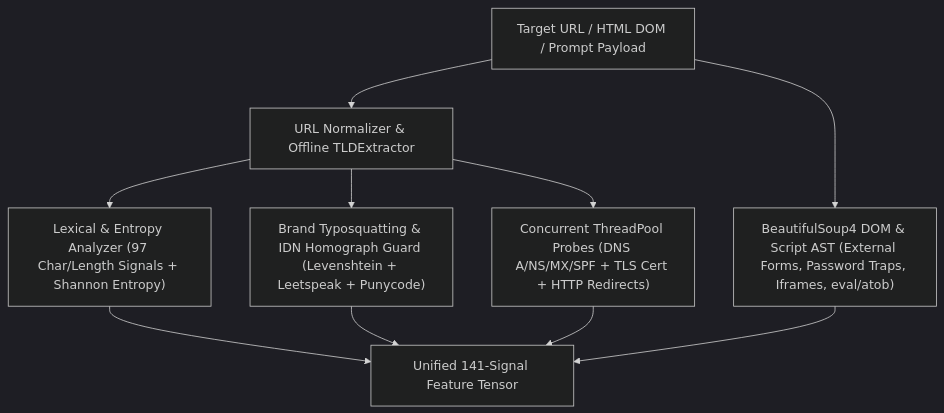
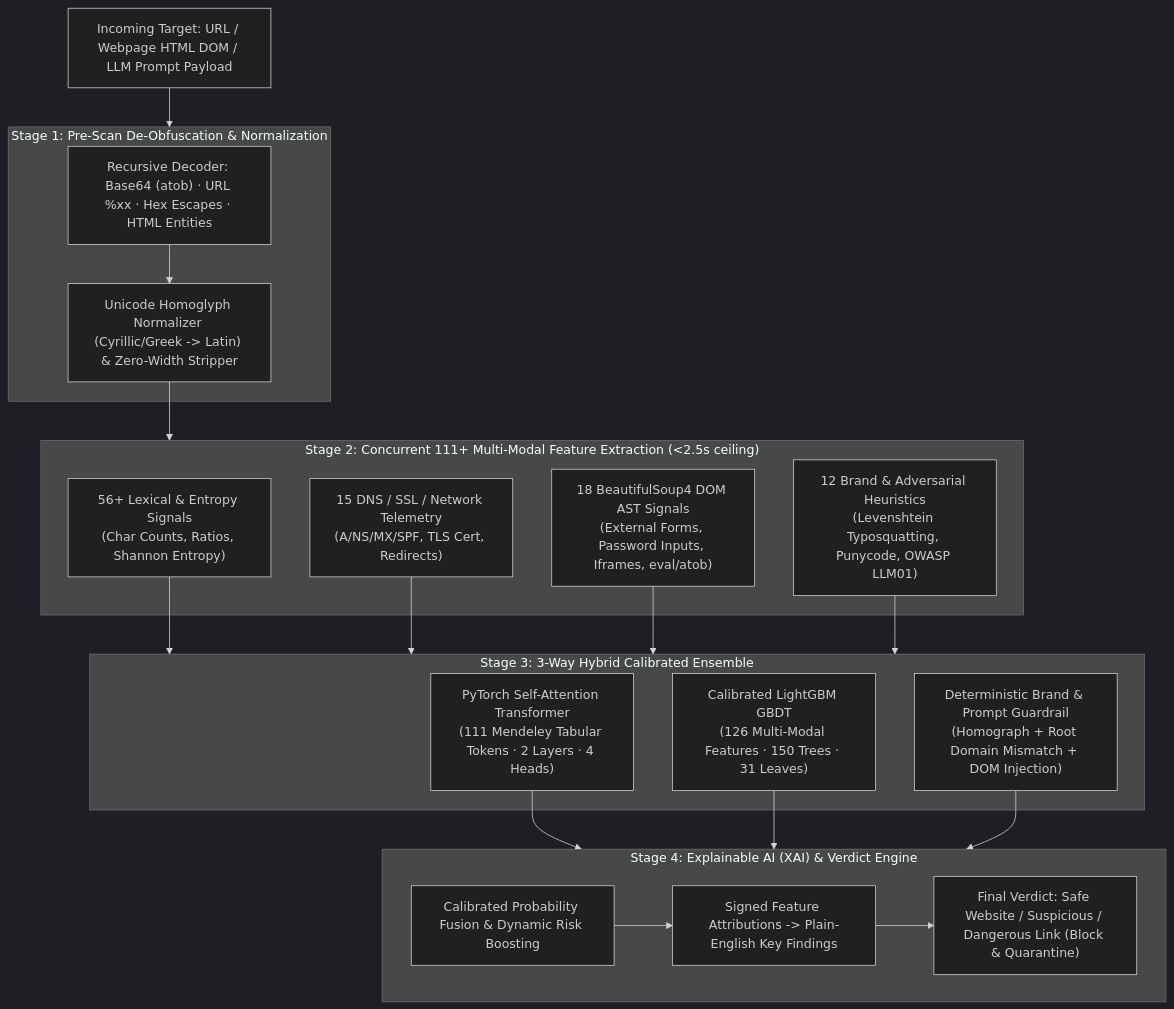
The first of 3 diagrams in README.md (adamkoji/AEGIS---Autonomous-Cyber-Defense-System), drawn with Mermaid (dark theme) before and after one commit. The commit also changed other lines of this file and 6 other files, not shown here.

Commit message:
docs(readme): add flagship cyber-defense architecture README, Mermaid diagrams, and root health route

````diff
--- a/README.md
+++ b/README.md
@@ -51,12 +59,41 @@
 ```mermaid
 flowchart TD
-    Input["Target URL / HTML DOM / Prompt Payload"] --> Norm["URL Normalizer & Offline TLDExtractor"]
-    Norm --> Lex["Lexical & Entropy Analyzer (97 Char/Length Signals + Shannon Entropy)"]
-    Norm --> Brand["Brand Typosquatting & IDN Homograph Guard (Levenshtein + Leetspeak + Punycode)"]
-    Norm --> Net["Concurrent ThreadPool Probes (DNS A/NS/MX/SPF + TLS Cert + HTTP Redirects)"]
-    Input --> DOM["BeautifulSoup4 DOM & Script AST (External Forms, Password Traps, Iframes, eval/atob)"]
-    Lex --> Vector["Unified 141-Signal Feature Tensor"]
-    Brand --> Vector
-    Net --> Vector
-    DOM --> Vector
+    Input["Incoming Target: URL / Webpage HTML DOM / LLM Prompt Payload"] --> Stage1
+
+    subgraph Stage1["Stage 1: Pre-Scan De-Obfuscation & Normalization"]
+        Deobf["Recursive Decoder: Base64 (atob) · URL %xx · Hex Escapes · HTML Entities"]
+        Homoglyph["Unicode Homoglyph Normalizer (Cyrillic/Greek -> Latin) & Zero-Width Stripper"]
+        Deobf --> Homoglyph
+    end
+
+    Homoglyph --> Stage2
+
+    subgraph Stage2["Stage 2: Concurrent 111+ Multi-Modal Feature Extraction (<2.5s ceiling)"]
+        Lex["56+ Lexical & Entropy Signals\n(Char Counts, Ratios, Shannon Entropy)"]
+        Net["15 DNS / SSL / Network Telemetry\n(A/NS/MX/SPF, TLS Cert, Redirects)"]
+        DOM["18 BeautifulSoup4 DOM AST Signals\n(External Forms, Password Inputs, Iframes, eval/atob)"]
+        Adv["12 Brand & Adversarial Heuristics\n(Levenshtein Typosquatting, Punycode, OWASP LLM01)"]
+    end
+
+    Lex --> Stage3
+    Net --> Stage3
+    DOM --> Stage3
+    Adv --> Stage3
+
+    subgraph Stage3["Stage 3: 3-Way Hybrid Calibrated Ensemble"]
+        PT["PyTorch Self-Attention Transformer\n(111 Mendeley Tabular Tokens · 2 Layers · 4 Heads)"]
+        LGB["Calibrated LightGBM GBDT\n(126 Multi-Modal Features · 150 Trees · 31 Leaves)"]
+        Guard["Deterministic Brand & Prompt Guardrail\n(Homograph + Root Domain Mismatch + DOM Injection)"]
+    end
+
+    PT --> Stage4
+    LGB --> Stage4
+    Guard --> Stage4
+
+    subgraph Stage4["Stage 4: Explainable AI (XAI) & Verdict Engine"]
+        Fusion["Calibrated Probability Fusion & Dynamic Risk Boosting"]
+        XAI["Signed Feature Attributions -> Plain-English Key Findings"]
+        Verdict["Final Verdict: Safe Website / Suspicious / Dangerous Link (Block & Quarantine)"]
+        Fusion --> XAI --> Verdict
+    end
 ```
````
